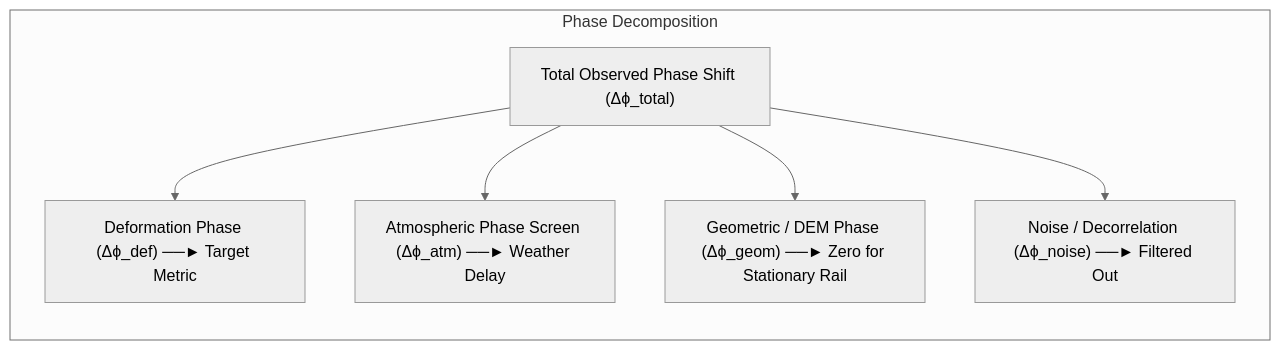
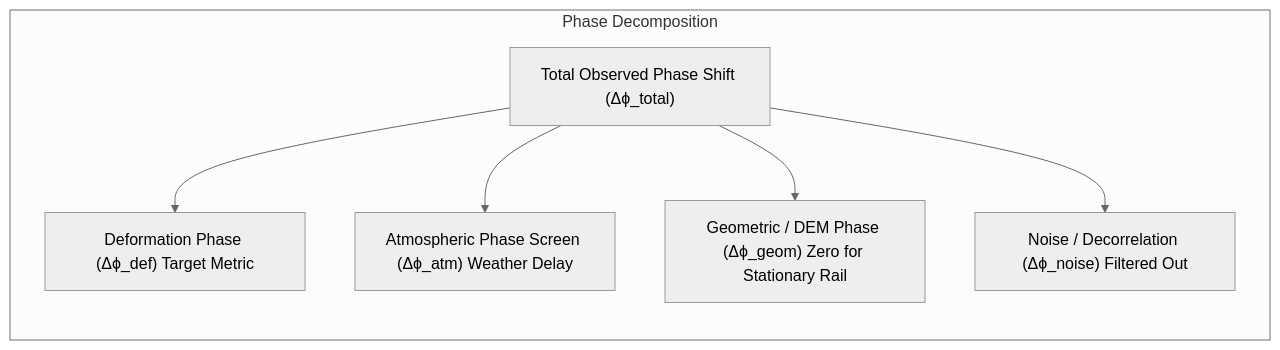
Before and after one commit to angelverman2021-a11y/Report: the third of 15 diagrams in docs/02_Ground_Based_InSAR_GB_InSAR.md, drawn with Mermaid (neutral theme). The commit also changed other lines of this file and 32 other files, not shown here.

````diff
--- a/docs/02_Ground_Based_InSAR_GB_InSAR.md
+++ b/docs/02_Ground_Based_InSAR_GB_InSAR.md
@@ -135,9 +135,9 @@
 ```mermaid
 flowchart LR
-    subgraph Phase Decomposition
-        RAW["Total Observed Phase Shift (Δϕ_total)"] --> P1["Deformation Phase (Δϕ_def) ──► Target Metric"]
-        RAW --> P2["Atmospheric Phase Screen (Δϕ_atm) ──► Weather Delay"]
-        RAW --> P3["Geometric / DEM Phase (Δϕ_geom) ──► Zero for Stationary Rail"]
-        RAW --> P4["Noise / Decorrelation (Δϕ_noise) ──► Filtered Out"]
-    end
+ subgraph Phase Decomposition
+ RAW["Total Observed Phase Shift (Δϕ_total)"] --> P1["Deformation Phase (Δϕ_def) Target Metric"]
+ RAW --> P2["Atmospheric Phase Screen (Δϕ_atm) Weather Delay"]
+ RAW --> P3["Geometric / DEM Phase (Δϕ_geom) Zero for Stationary Rail"]
+ RAW --> P4["Noise / Decorrelation (Δϕ_noise) Filtered Out"]
+ end
 ```
````
